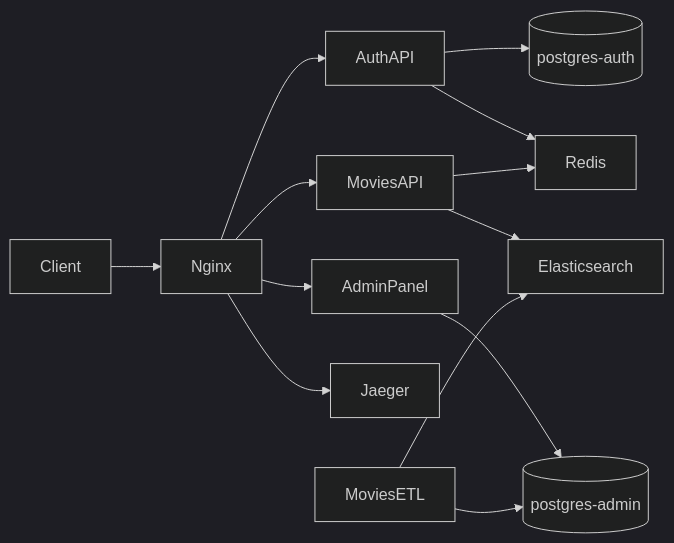
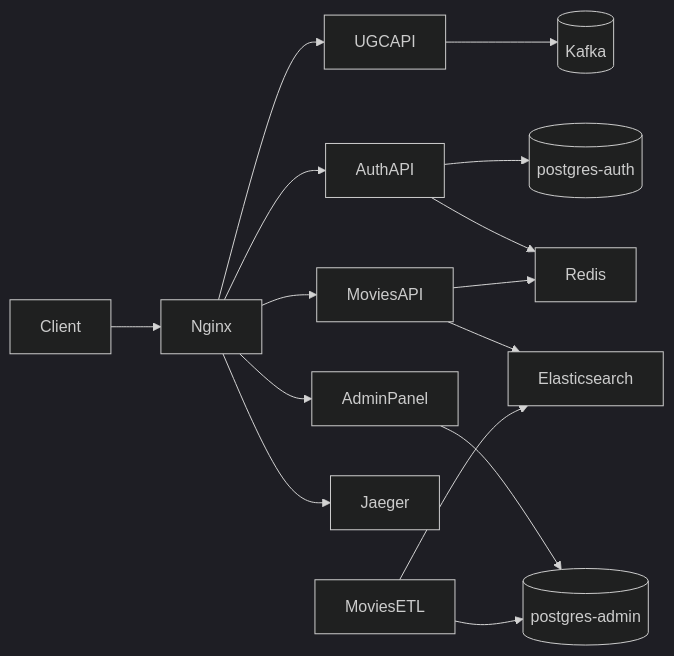
One commit to rock4ts/movies_portfolio changed the diagram in README.md. Above: the diagram before and after it, drawn with Mermaid (dark theme). The commit also changed other lines of this file, not shown here.

````diff
--- a/README.md
+++ b/README.md
@@ -9,16 +9,18 @@
 ```mermaid
 flowchart LR
     Client --> Nginx
     Nginx --> AdminPanel
     Nginx --> MoviesAPI
     Nginx --> AuthAPI
+    Nginx --> UGCAPI
     Nginx --> Jaeger
 
     AdminPanel --> PostgresAdmin[(postgres-admin)]
     AuthAPI --> PostgresAuth[(postgres-auth)]
     AuthAPI --> Redis
     MoviesAPI --> Redis
     MoviesAPI --> Elasticsearch
     MoviesETL --> PostgresAdmin
     MoviesETL --> Elasticsearch
+    UGCAPI --> Kafka[(Kafka)]
 ```
````
